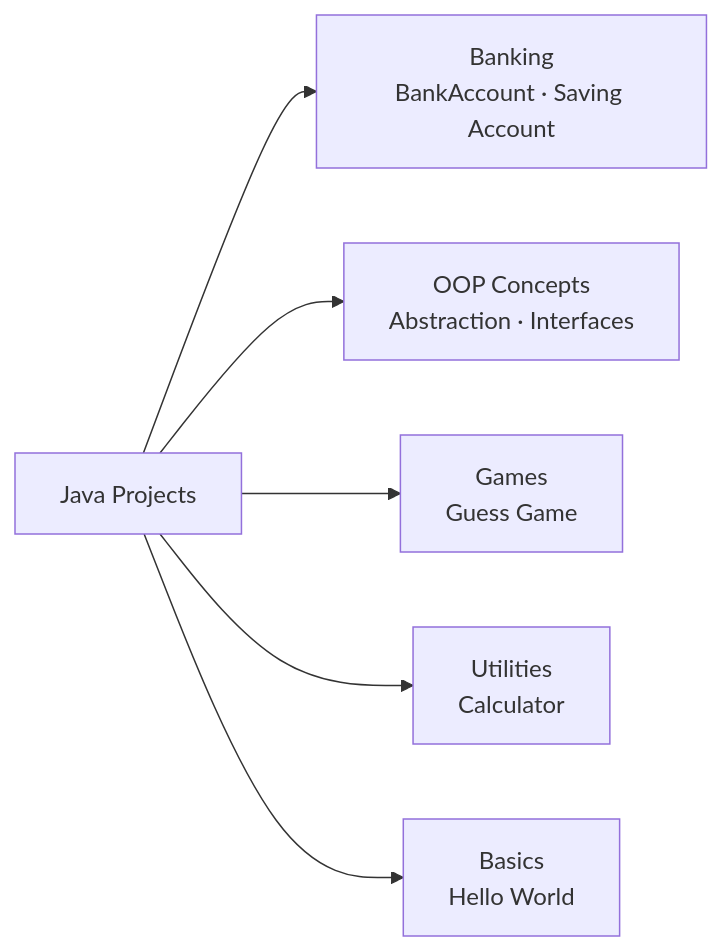
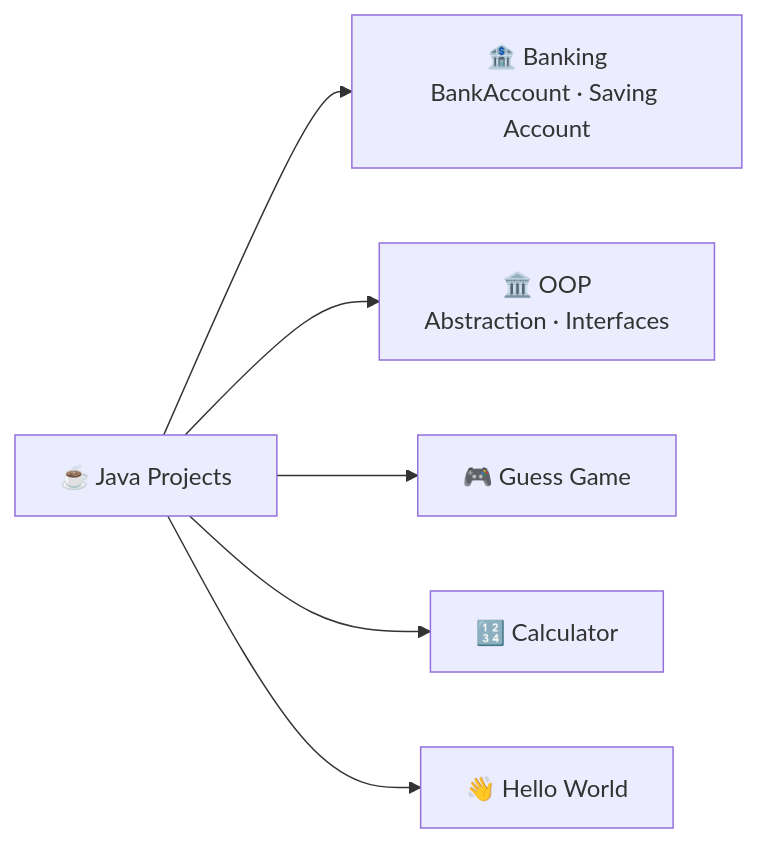
The fourth of 8 diagrams in README.md (Manthanvinzuda007/Academic-Projects-2024-2028), drawn with Mermaid before and after one commit. The commit also changed other lines of this file, not shown here.

````diff
--- a/README.md
+++ b/README.md
@@ -174,8 +256,8 @@
 ```mermaid
 flowchart LR
-    JV[Java Projects] --> BANK[Banking\nBankAccount · Saving Account]
-    JV --> OOP[OOP Concepts\nAbstraction · Interfaces]
-    JV --> GAME[Games\nGuess Game]
-    JV --> UTIL[Utilities\nCalculator]
-    JV --> BASICS[Basics\nHello World]
+    JV["☕ Java Projects"] --> BANK["🏦 Banking\nBankAccount · Saving Account"]
+    JV --> OOP["🏛️ OOP\nAbstraction · Interfaces"]
+    JV --> GAME["🎮 Guess Game"]
+    JV --> UTIL["🔢 Calculator"]
+    JV --> HW["👋 Hello World"]
 ```
````
